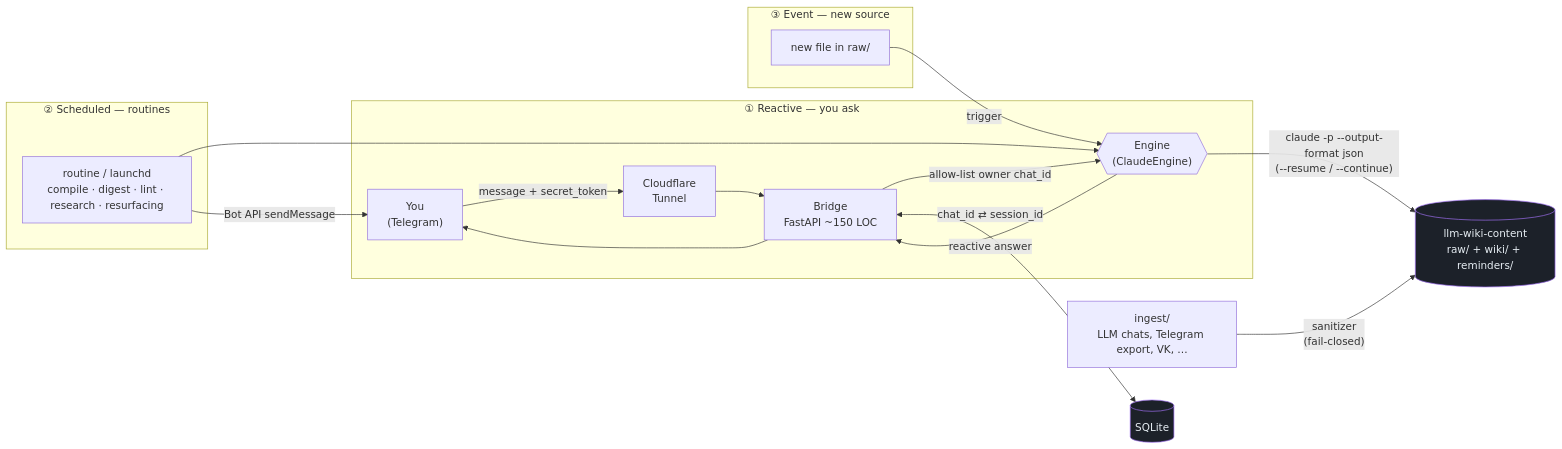
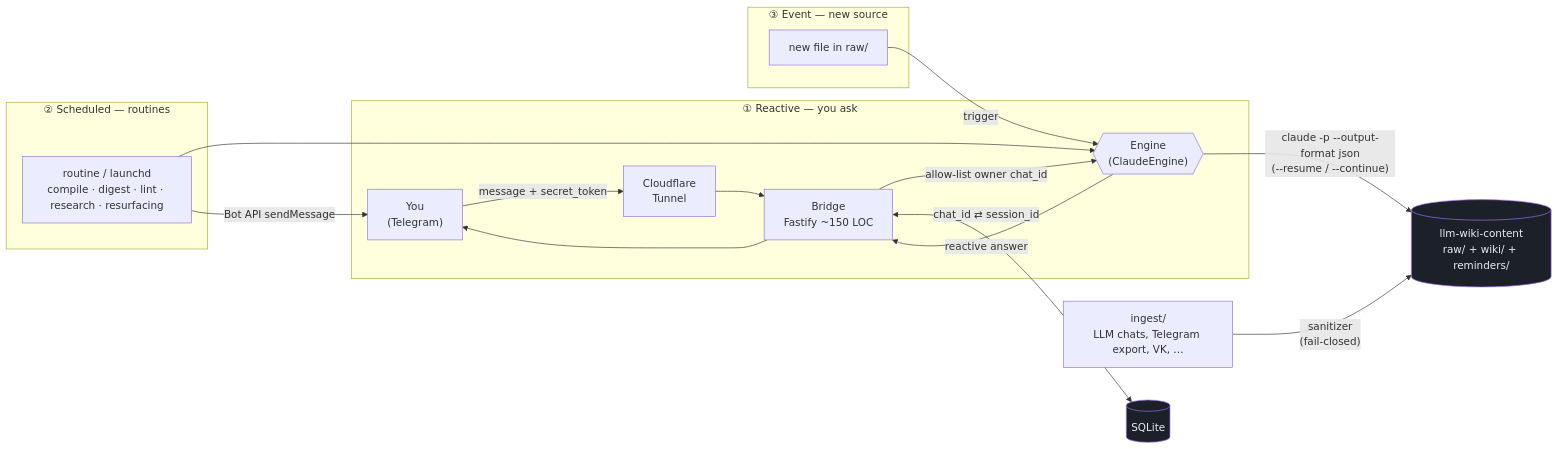
The diagram in README.md (Kengston/personal-llm-wiki), drawn with Mermaid before and after one commit. The commit also changed other lines of this file and 84 other files, not shown here.

````diff
--- a/README.md
+++ b/README.md
@@ -51,21 +51,21 @@
 ```mermaid
 flowchart LR
   subgraph Reactive["① Reactive — you ask"]
     U["You<br/>(Telegram)"] -->|"message + secret_token"| CF["Cloudflare<br/>Tunnel"]
-    CF --> BR["Bridge<br/>FastAPI ~150 LOC"]
+    CF --> BR["Bridge<br/>Fastify ~150 LOC"]
     BR -->|"allow-list owner chat_id"| ENG{{"Engine<br/>(ClaudeEngine)"}}
   end
   subgraph Scheduled["② Scheduled — routines"]
     LA["routine / launchd<br/>compile · digest · lint · research · resurfacing"] --> ENG
   end
   subgraph Event["③ Event — new source"]
     EV["new file in raw/"] -->|"trigger"| ENG
   end
   ENG -->|"claude -p --output-format json<br/>(--resume / --continue)"| WIKI[("llm-wiki-content<br/>raw/ + wiki/ + reminders/")]
   ENG -->|"reactive answer"| BR --> U
   LA -->|"Bot API sendMessage"| U
   BR <-->|"chat_id ⇄ session_id"| DB[("SQLite")]
   ING["ingest/<br/>LLM chats, Telegram export, VK, …"] -->|"sanitizer<br/>(fail-closed)"| WIKI
   classDef store fill:#1c2129,stroke:#a371f7,color:#e6edf3
   class WIKI,DB store
 ```
````
